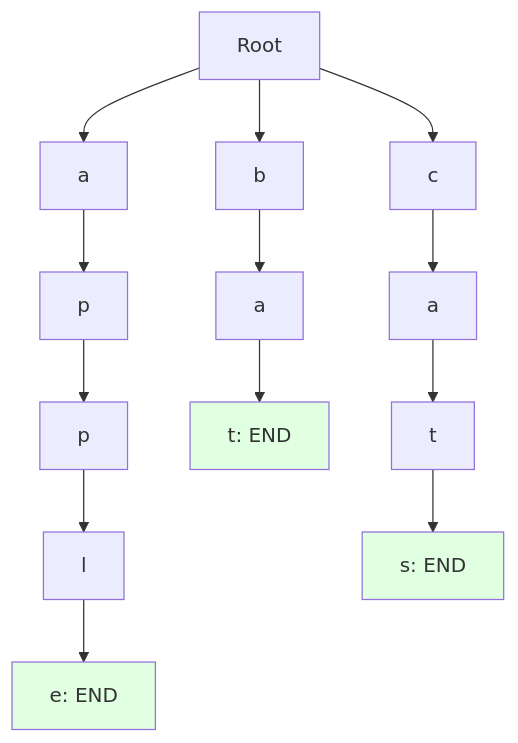
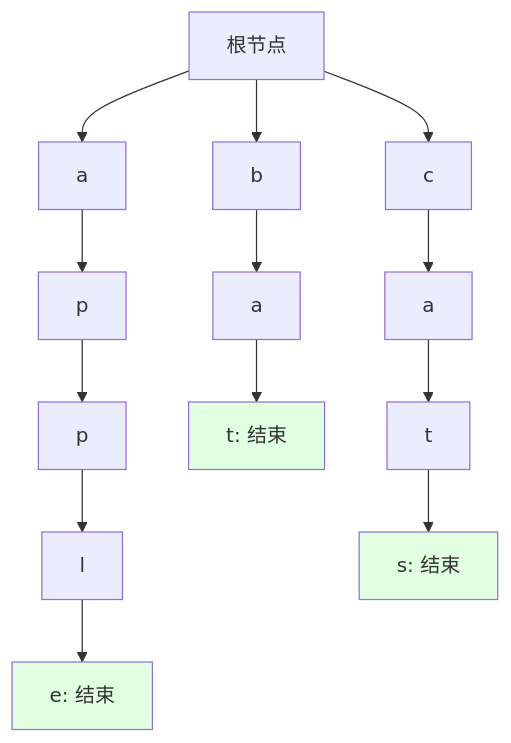
One commit to YiWang24/AiDIY changed the diagram in i18n/zh-Hans/docusaurus-plugin-content-docs/current/cs/algorithms/tries.mdx. Above: the diagram before and after it, drawn with Mermaid. The commit also changed other lines of this file and 59 other files, not shown here.

````diff
--- a/i18n/zh-Hans/docusaurus-plugin-content-docs/current/cs/algorithms/tries.mdx
+++ b/i18n/zh-Hans/docusaurus-plugin-content-docs/current/cs/algorithms/tries.mdx
@@ -33,22 +33,22 @@
 ```mermaid
 graph TD
-    A[Root] --> B[a]
+    A[根节点] --> B[a]
     A --> C[b]
     A --> D[c]
 
     B --> E[p]
     E --> F[p]
     F --> G[l]
-    G --> H[e: END]
+    G --> H[e: 结束]
 
     C --> I[a]
-    I --> J[t: END]
+    I --> J[t: 结束]
 
     D --> K[a]
     K --> L[t]
-    L --> M[s: END]
+    L --> M[s: 结束]
 
     style H fill:#e1ffe1
     style J fill:#e1ffe1
     style M fill:#e1ffe1
 ```
````
